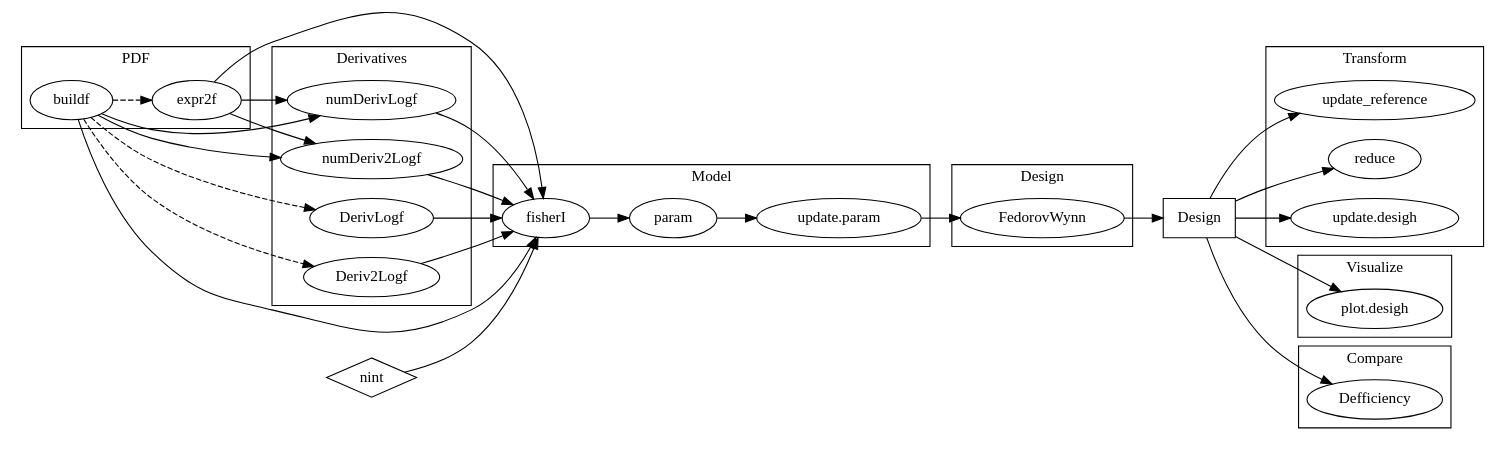
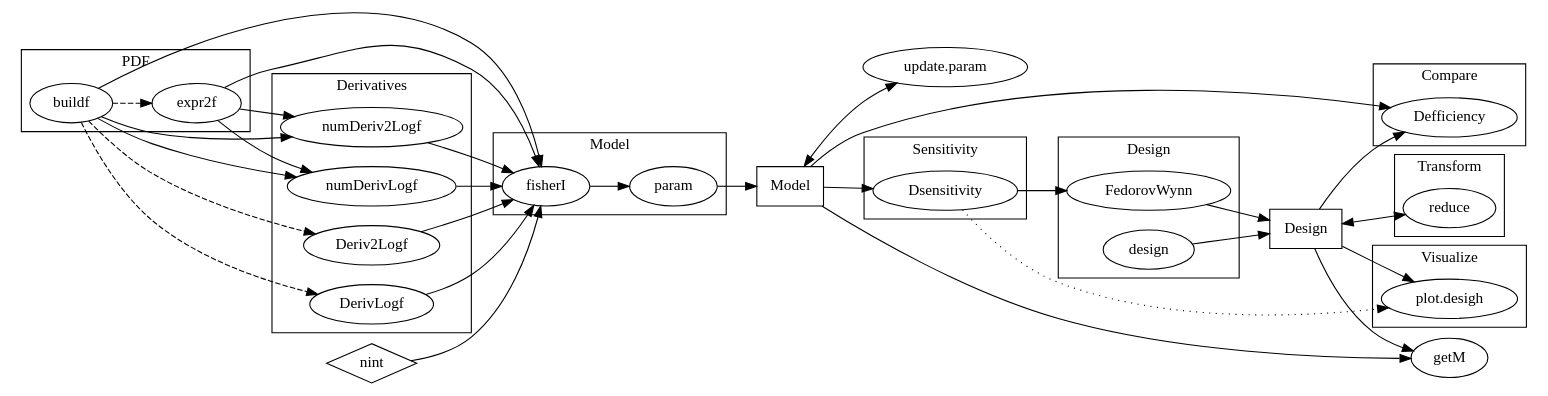
The diagram in misc/workflow.dot (arappold/docopulae), drawn with Graphviz before and after one commit. The commit also changed 25 other files, not shown here.

```diff
--- a/misc/workflow.dot
+++ b/misc/workflow.dot
@@ -1,87 +1,103 @@
 digraph {
     rankdir = LR;
 
     subgraph cluster_buildPDF {
         label = "PDF";
         fontname = bold;
         buildf -> expr2f [style=dashed];
     }
 
     subgraph cluster_deriv {
         label = "Derivatives";
         fontname = bold;
         rank = same;
         numDerivLogf;
         numDeriv2Logf;
         DerivLogf;
         Deriv2Logf;
     }
 
     buildf -> numDerivLogf;
     buildf -> numDeriv2Logf;
     expr2f -> numDerivLogf;
     expr2f -> numDeriv2Logf;
     buildf -> DerivLogf [style=dashed];
     buildf -> Deriv2Logf [style=dashed];
 
     nint [shape=diamond];
+    Model [shape=box];
 
     subgraph cluster_model {
         label = "Model";
         fontname = bold;
-        fisherI -> param -> "update.param";
+        fisherI -> param;
     }
 
     buildf -> fisherI;
     expr2f -> fisherI;
     numDerivLogf -> fisherI;
     numDeriv2Logf -> fisherI;
     DerivLogf -> fisherI;
     Deriv2Logf -> fisherI;
     nint -> fisherI;
+    param -> Model;
+    Model -> "update.param" [dir=both];
+
+    subgraph cluster_sens {
+        label = "Sensitivity";
+        fontname = bold;
+        Dsensitivity;
+    }
+
+    Model -> Dsensitivity;
 
     Design [shape=box];
 
     subgraph cluster_design {
         label = "Design";
         fontname = bold;
         FedorovWynn;
+        design;
     }
 
-    "update.param" -> FedorovWynn;
+    Dsensitivity -> FedorovWynn;
     FedorovWynn -> Design;
+    design -> Design;
+
+    subgraph cluster_compare {
+        label = "Compare";
+        fontname = bold;
+        Defficiency;
+    }
+
+    Design -> Defficiency;
+    Model -> Defficiency;
 
     subgraph cluster_transform {
         label = "Transform";
         fontname = bold;
         reduce;
-        "update.desigh";
-        update_reference;
     }
 
-    Design -> {reduce; "update.desigh", update_reference};
+    Design -> reduce [dir=both];
 
     subgraph cluster_visualize {
         label = "Visualize";
         fontname = bold;
         "plot.desigh";
     }
 
     Design -> "plot.desigh";
+    Dsensitivity -> "plot.desigh" [style=dotted];
 
-    subgraph cluster_compare {
-        label = "Compare";
-        fontname = bold;
-        Defficiency;
-    }
-
-    Design -> Defficiency;
+    Model -> getM;
+    Design -> getM;
 
     //subgraph cluster_helper {
         //integrateA;
         //rowmatch;
         //roworder;
         //seq1;
         //getM;
     //}
 }
```
